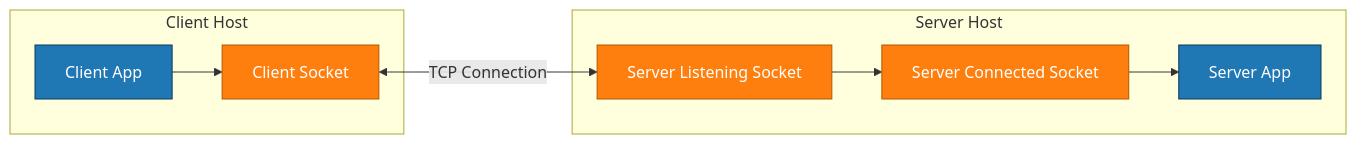
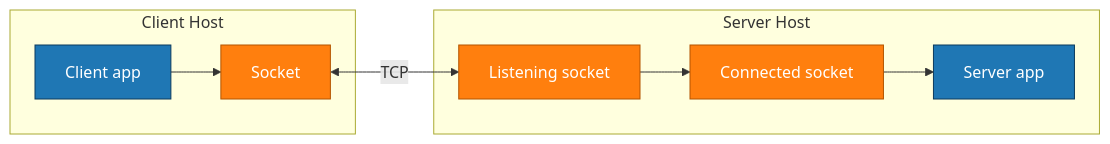
The first of 2 diagrams in _posts/2024-06-09-socket-programming-cpp.md (e-choness/portfolio-site), drawn with Mermaid before and after one commit. The commit also changed 22 other files, not shown here.

Commit message:
improve diagram display

````diff
--- a/_posts/2024-06-09-socket-programming-cpp.md
+++ b/_posts/2024-06-09-socket-programming-cpp.md
@@ -33,24 +33,24 @@
 ```mermaid
 graph LR
     subgraph Client Host
-        CApp[Client App]
-        CSocket[Client Socket]
+        CApp[Client app]
+        CSocket[Socket]
     end
 
     subgraph Server Host
-        SApp[Server App]
-        SSocket[Server Listening Socket]
-        SConn[Server Connected Socket]
+        SSocket[Listening socket]
+        SConn[Connected socket]
+        SApp[Server app]
     end
 
     CApp --> CSocket
-    CSocket <-->|TCP Connection| SSocket
+    CSocket <-->|TCP| SSocket
     SSocket --> SConn
     SConn --> SApp
 
     classDef host fill:#1f77b4,stroke:#0b3a5e,color:#fff;
     classDef sock fill:#ff7f0e,stroke:#b35500,color:#fff;
 
     class CApp,SApp host;
     class CSocket,SSocket,SConn sock;
 ```
````
